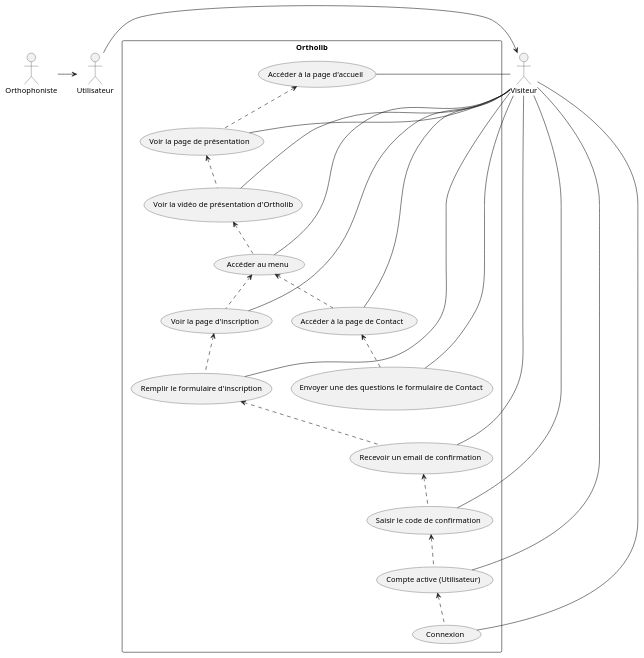
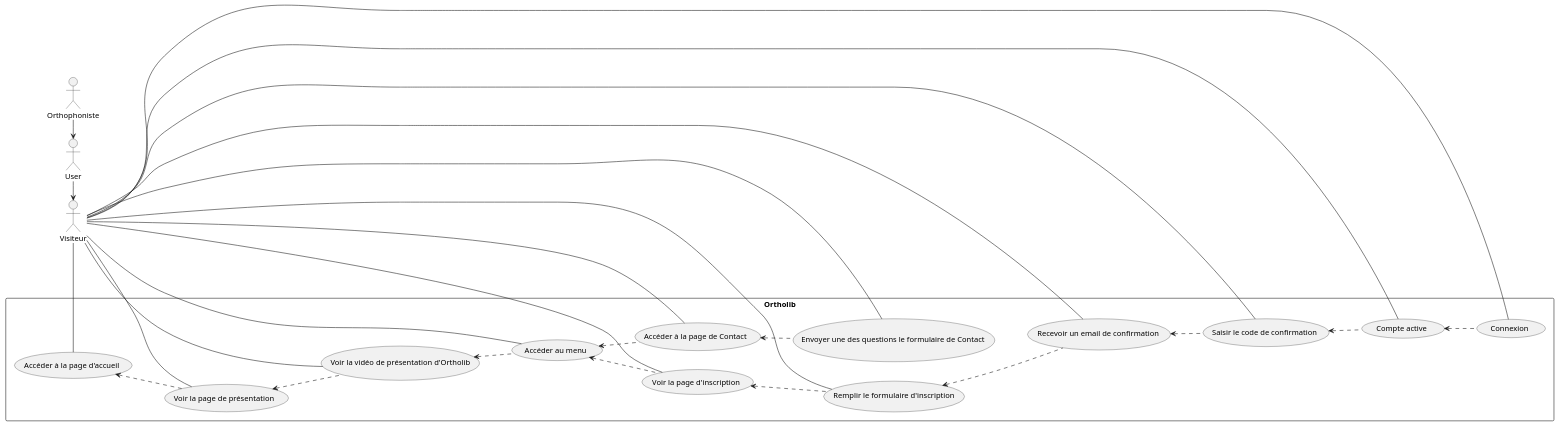
The diagram in analyse/UML/Fonctionnel/visiteur.wsd (elamranibilel/Ortholib), drawn with PlantUML before and after one commit. The commit also changed 1 other file, not shown here.

```diff
--- a/analyse/UML/Fonctionnel/visiteur.wsd
+++ b/analyse/UML/Fonctionnel/visiteur.wsd
@@ -1,54 +1,55 @@
 @startuml Application_visiteur
 
+left to right direction
 actor Visiteur
-actor Utilisateur
+actor User
 actor Orthophoniste
 
 rectangle Ortholib {
     usecase (Accéder à la page d'accueil) as accueil 
     usecase (Voir la page de présentation ) as Presentation
     usecase (Voir la vidéo de présentation d'Ortholib) as VideoPresentation
     usecase (Accéder au menu) as menu
     usecase (Accéder à la page de Contact ) as contact
     usecase (Envoyer une des questions le formulaire de Contact ) as questionContact 
     usecase (Voir la page d'inscription) as inscription
     usecase (Remplir le formulaire d'inscription) as formulaireInscription
     usecase (Recevoir un email de confirmation ) as emailConfirmation
     usecase (Saisir le code de confirmation) as codeConfirmation
-    usecase "Compte active (Utilisateur)" as compteActive
+    usecase (Compte active) as compteActive
     usecase (Connexion) as connexion
 }
 
 /' ACTOR -- ACTOR '/
-Orthophoniste -> Utilisateur
-Utilisateur -> Visiteur
+Orthophoniste -> User
+User -> Visiteur
 
 /' ACTOR -- USECASE'/
 Visiteur -- accueil
 Visiteur -- Presentation
 Visiteur -- VideoPresentation
 Visiteur -- menu
 Visiteur -- contact
 Visiteur -- questionContact
 Visiteur -- inscription
 Visiteur -- formulaireInscription
 Visiteur -- emailConfirmation
 Visiteur -- codeConfirmation
 Visiteur -- compteActive
 Visiteur -- connexion
 
 
 /' USECASE -- USECASE '/
 accueil <.. Presentation
 Presentation <.. VideoPresentation
 VideoPresentation <.. menu
 menu <.. contact
 contact <.. questionContact
 menu <.. inscription
 inscription <.. formulaireInscription
 formulaireInscription <.. emailConfirmation
 emailConfirmation <.. codeConfirmation
 codeConfirmation <.. compteActive
 compteActive <.. connexion
 
 @enduml
```
